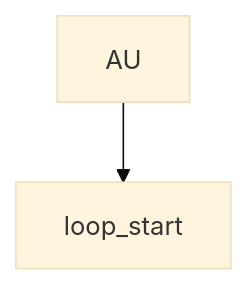
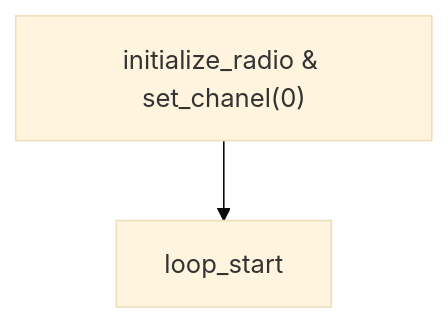
One commit to DaniAntolin/NodoIoT_RFM69 changed the diagram in README.md. Above: the diagram before and after it, drawn with Mermaid (base theme).

````diff
--- a/README.md
+++ b/README.md
@@ -41,4 +41,4 @@
 ```mermaid
 graph TD;
-    A[AU]-->B[loop_start];
+    A["initialize_radio & set_chanel(0)"]-->B[loop_start];
 ```
````
